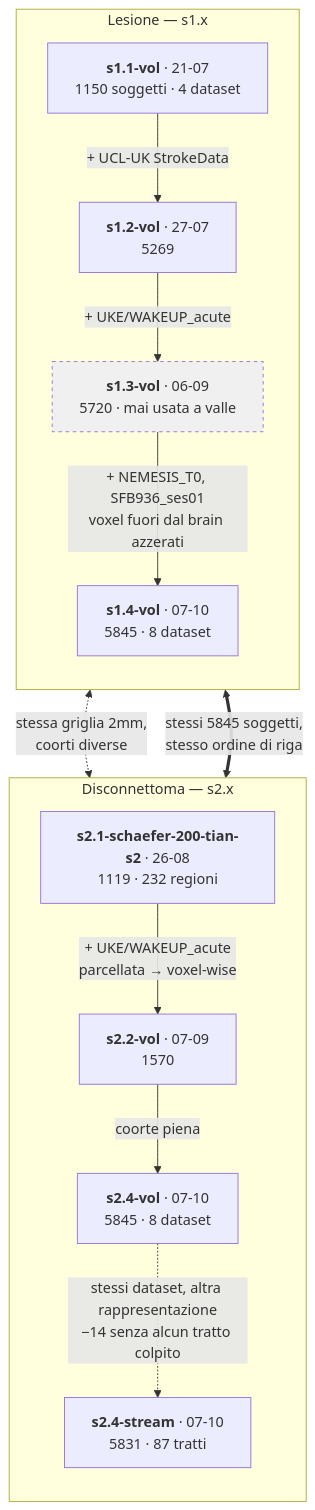
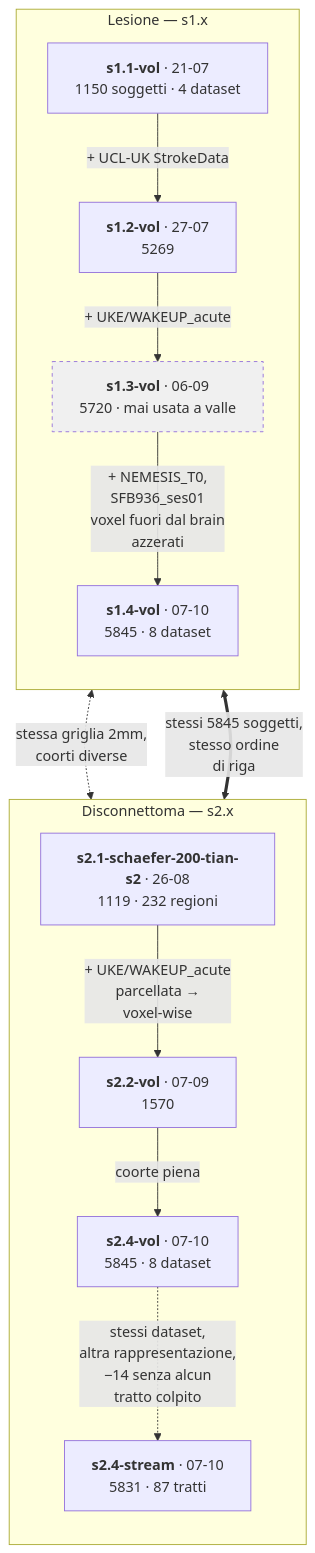
The diagram in docs/experiments/lineage.md (EmmaTosato/NEMESIS_fs), drawn with Mermaid before and after one commit.

Commit message:
lineage udpated

````diff
--- a/docs/experiments/lineage.md
+++ b/docs/experiments/lineage.md
@@ -5,29 +5,29 @@
 ```mermaid
 flowchart TB
     classDef unused fill:#f0f0f0,stroke-dasharray: 4 4
 
     subgraph LES["Lesione — s1.x"]
         direction TB
         L11["<b>s1.1-vol</b> · 21-07<br/>1150 soggetti · 4 dataset"]
         L12["<b>s1.2-vol</b> · 27-07<br/>5269"]
         L13["<b>s1.3-vol</b> · 06-09<br/>5720 · mai usata a valle"]:::unused
         L14["<b>s1.4-vol</b> · 07-10<br/>5845 · 8 dataset"]
         L11 -->|"+ UCL-UK StrokeData"| L12
         L12 -->|"+ UKE/WAKEUP_acute"| L13
-        L13 -->|"+ NEMESIS_T0, SFB936_ses01<br/>voxel fuori dal brain azzerati"| L14
+        L13 -->|"+ NEMESIS_T0,<br/>SFB936_ses01<br/>voxel fuori dal brain<br/>azzerati"| L14
     end
 
     subgraph SDC["Disconnettoma — s2.x"]
         direction TB
         S21["<b>s2.1-schaefer-200-tian-s2</b> · 26-08<br/>1119 · 232 regioni"]
         S22["<b>s2.2-vol</b> · 07-09<br/>1570"]
         S24["<b>s2.4-vol</b> · 07-10<br/>5845 · 8 dataset"]
         S24S["<b>s2.4-stream</b> · 07-10<br/>5831 · 87 tratti"]
-        S21 -->|"+ UKE/WAKEUP_acute<br/>parcellata → voxel-wise"| S22
+        S21 -->|"+ UKE/WAKEUP_acute<br/>parcellata →<br/>voxel-wise"| S22
         S22 -->|"coorte piena"| S24
-        S24 -.->|"stessi dataset, altra rappresentazione<br/>−14 senza alcun tratto colpito"| S24S
+        S24 -.->|"stessi dataset,<br/>altra rappresentazione,<br/>−14 senza alcun<br/>tratto colpito"| S24S
     end
 
     L13 <-.->|"stessa griglia 2mm,<br/>coorti diverse"| S22
-    L14 <==>|"stessi 5845 soggetti,<br/>stesso ordine di riga"| S24
+    L14 <==>|"stessi 5845 soggetti,<br/>stesso ordine<br/>di riga"| S24
 ```
````
